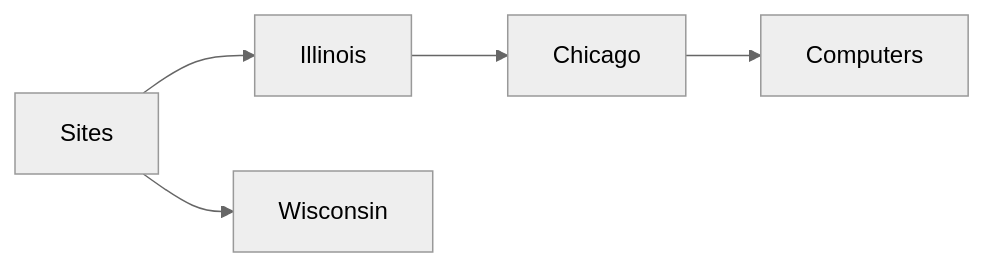
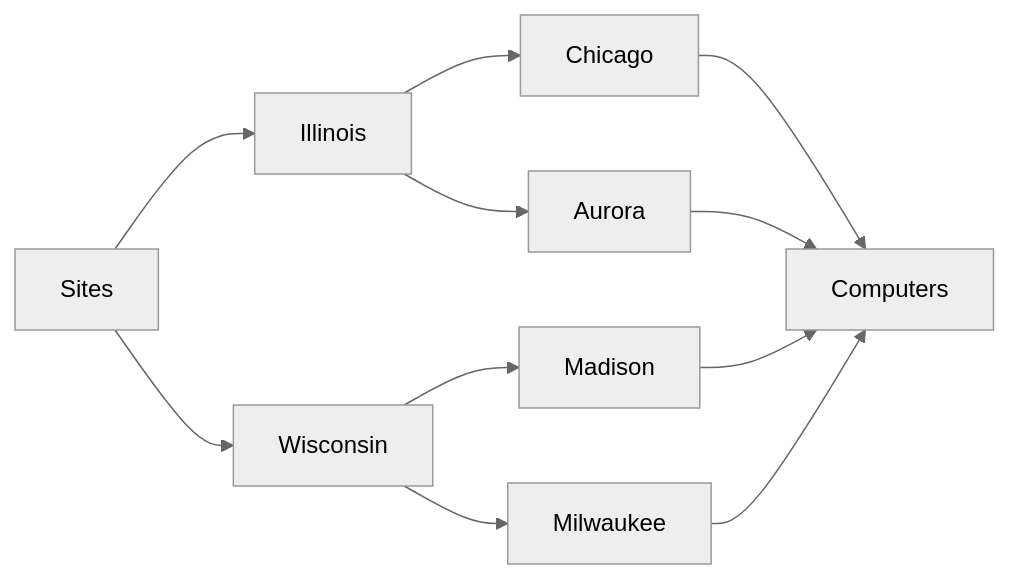
One commit to emerconnelly/sysadmin changed the diagram in powershell-scripts/Move-ComputersByStateSiteCode/README.md. Above: the diagram before and after it, drawn with Mermaid (neutral theme).

````diff
--- a/powershell-scripts/Move-ComputersByStateSiteCode/README.md
+++ b/powershell-scripts/Move-ComputersByStateSiteCode/README.md
@@ -24,7 +24,13 @@
 ```mermaid
 flowchart LR
     Sites --> Illinois
       Illinois --> Chicago
         Chicago --> Computers
+      Illinois --> Aurora
+        Aurora --> Computers
     Sites --> Wisconsin
+      Wisconsin --> Madison
+        Madison --> Computers
+      Wisconsin --> Milwaukee
+        Milwaukee --> Computers
 ```
````
